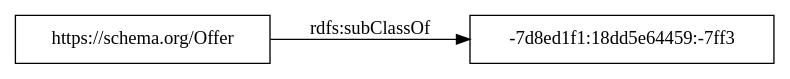
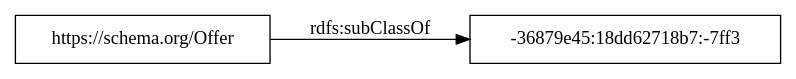
The diagram in OnToology/ontologies/BigBasketProducts_ontology_human.owl/diagrams/ar2dtool-taxonomy/BigBasketProducts_ontology_human.owl.png.dot (tecnomod-um/OntoGenixEvaluation), drawn with Graphviz before and after one commit. The commit also changed 30 other files, not shown here.

```diff
--- a/OnToology/ontologies/BigBasketProducts_ontology_human.owl/diagrams/ar2dtool-taxonomy/BigBasketProducts_ontology_human.owl.png.dot
+++ b/OnToology/ontologies/BigBasketProducts_ontology_human.owl/diagrams/ar2dtool-taxonomy/BigBasketProducts_ontology_human.owl.png.dot
@@ -1,7 +1,7 @@
 digraph ar2dtool_diagram { 
 rankdir=LR;
 size="1000"
-node [shape = rectangle, color="black"]; "-7d8ed1f1:18dd5e64459:-7ff3" "https://schema.org/Offer" ; /*classes style*/
-	"https://schema.org/Offer" -> "-7d8ed1f1:18dd5e64459:-7ff3" [ label = "rdfs:subClassOf" ];
+node [shape = rectangle, color="black"]; "-36879e45:18dd62718b7:-7ff3" "https://schema.org/Offer" ; /*classes style*/
+	"https://schema.org/Offer" -> "-36879e45:18dd62718b7:-7ff3" [ label = "rdfs:subClassOf" ];
 
 }
```
